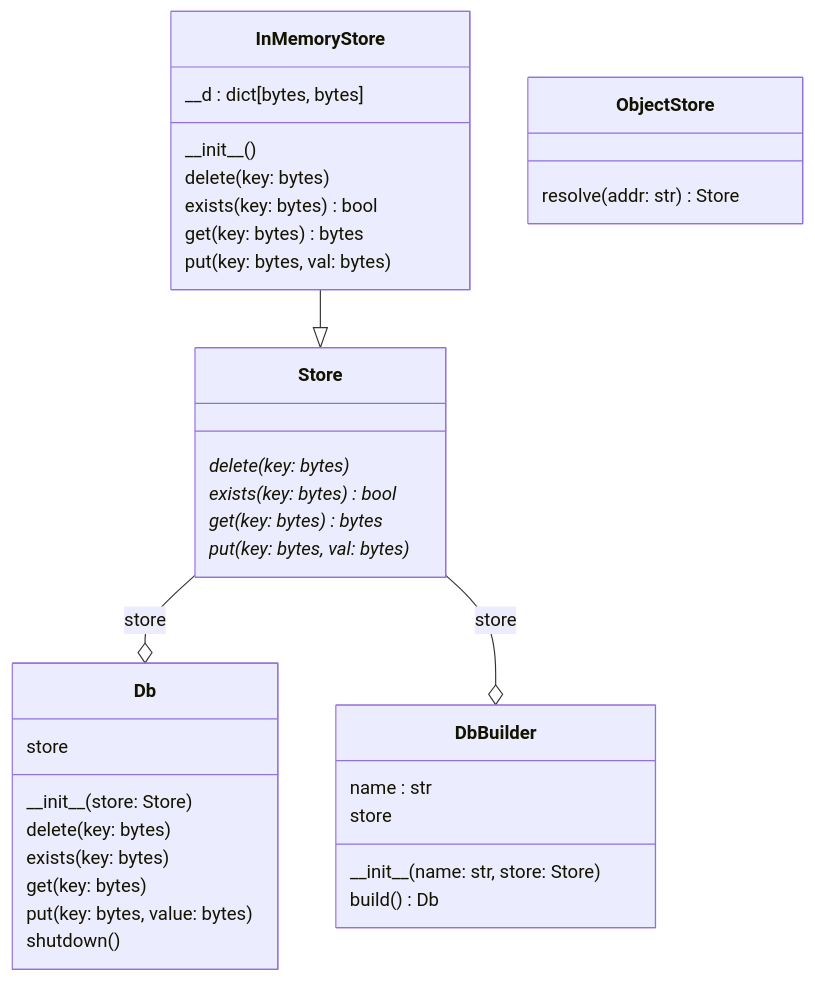
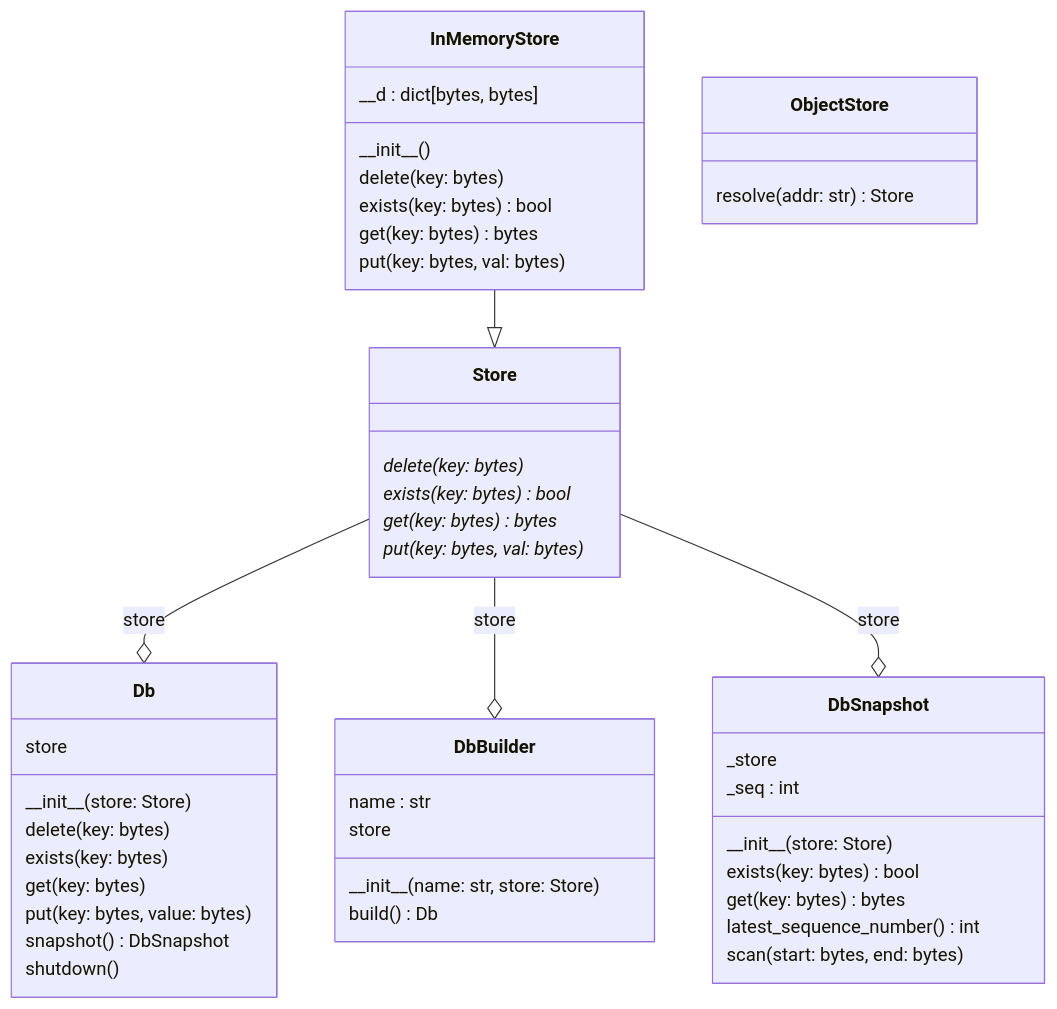
One commit to ShikoteiCoding/cailloudb changed the diagram in README.md. Above: the diagram before and after it, drawn with Mermaid.

Commit message:
add snapshot in readme

````diff
--- a/README.md
+++ b/README.md
@@ -37,39 +37,50 @@
 ```mermaid
 classDiagram
   class Db {
     store
     \_\_init\_\_(store: Store)
     delete(key: bytes)
     exists(key: bytes)
     get(key: bytes)
     put(key: bytes, value: bytes)
+    snapshot() DbSnapshot
     shutdown()
   }
   class DbBuilder {
     name : str
     store
     \_\_init\_\_(name: str, store: Store)
     build() Db
+  }
+  class DbSnapshot {
+    \_store
+    \_seq : int
+    \_\_init\_\_(store: Store)
+    exists(key: bytes) bool
+    get(key: bytes) bytes
+    latest_sequence_number() int
+    scan(start: bytes, end: bytes)
   }
   class InMemoryStore {
     \_\_d : dict[bytes, bytes]
     \_\_init\_\_()
     delete(key: bytes)
     exists(key: bytes) bool
     get(key: bytes) bytes
     put(key: bytes, val: bytes)
   }
   class ObjectStore {
     resolve(addr: str) Store
   }
   class Store {
     delete(key: bytes)*
     exists(key: bytes)* bool
     get(key: bytes)* bytes
     put(key: bytes, val: bytes)*
   }
   InMemoryStore --|> Store
   Store --o Db : store
   Store --o DbBuilder : store
+  Store --o DbSnapshot : store
 
 ```
````
